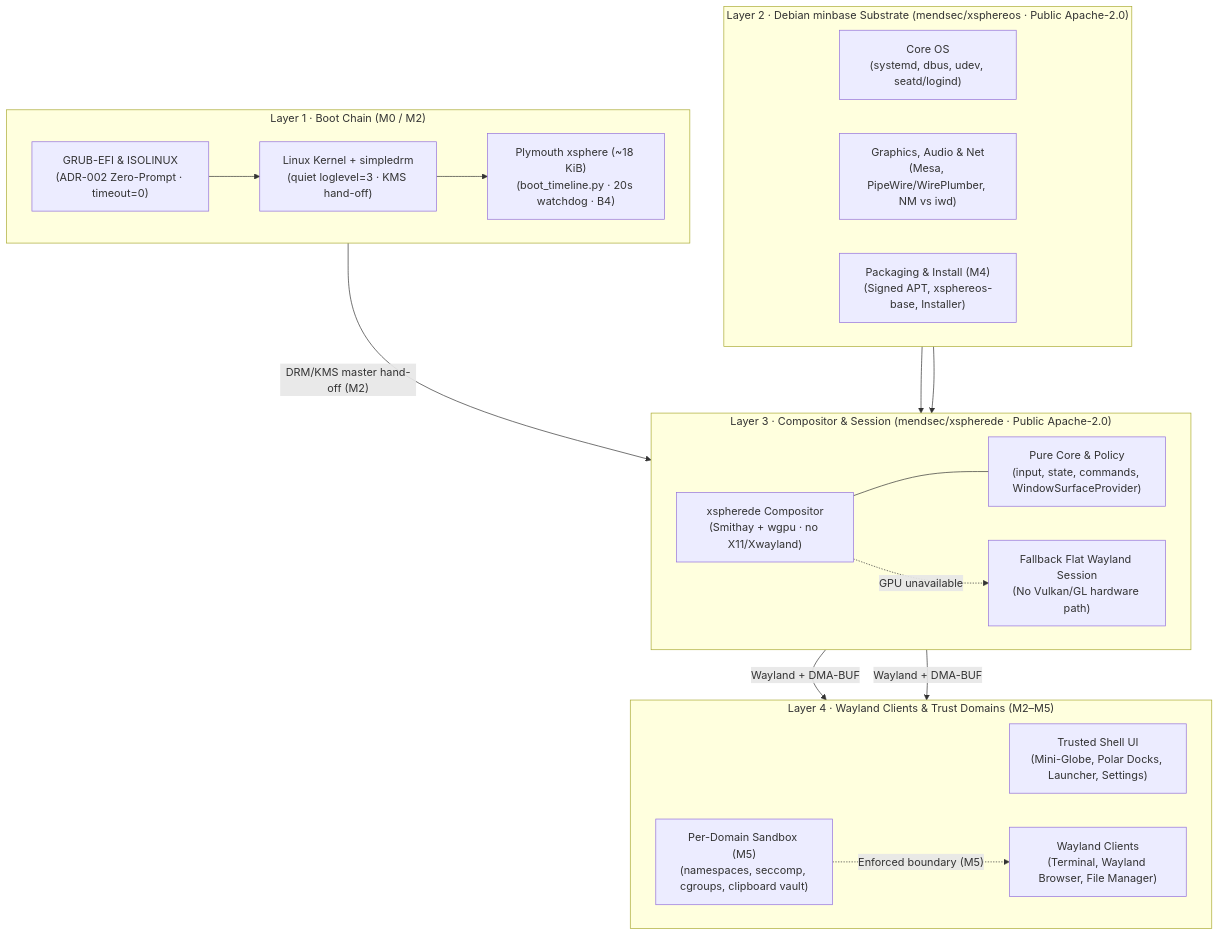
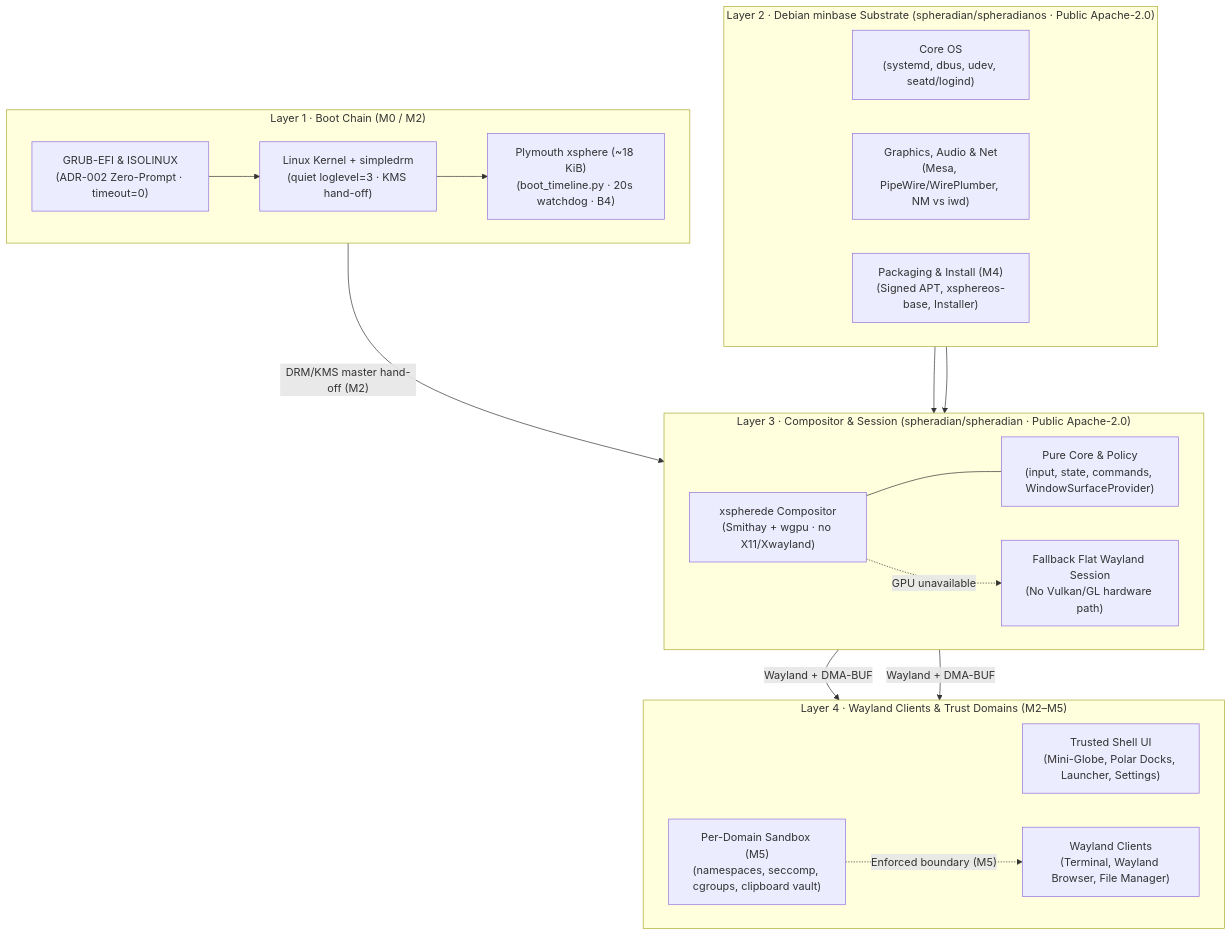
One commit to spheradian/spheradianos changed the first of 3 diagrams in docs/ARCHITECTURE.md. Above: the diagram before and after it, drawn with Mermaid. The commit also changed other lines of this file and 14 other files, not shown here.

````diff
--- a/docs/ARCHITECTURE.md
+++ b/docs/ARCHITECTURE.md
@@ -13,48 +13,48 @@
 ```mermaid
 flowchart TB
     subgraph L4["Layer 4 · Wayland Clients & Trust Domains (M2–M5)"]
         direction LR
         UI["Trusted Shell UI<br/>(Mini-Globe, Polar Docks, Launcher, Settings)"]
         APPS["Wayland Clients<br/>(Terminal, Wayland Browser, File Manager)"]
         SANDBOX["Per-Domain Sandbox (M5)<br/>(namespaces, seccomp, cgroups, clipboard vault)"]
     end
 
-    subgraph L3["Layer 3 · Compositor & Session (mendsec/xspherede · Public Apache-2.0)"]
+    subgraph L3["Layer 3 · Compositor & Session (spheradian/spheradian · Public Apache-2.0)"]
         direction LR
         SMITHAY["xspherede Compositor<br/>(Smithay + wgpu · no X11/Xwayland)"]
         CORE["Pure Core & Policy<br/>(input, state, commands, WindowSurfaceProvider)"]
         FALLBACK["Fallback Flat Wayland Session<br/>(No Vulkan/GL hardware path)"]
     end
 
-    subgraph L2["Layer 2 · Debian minbase Substrate (mendsec/xsphereos · Public Apache-2.0)"]
+    subgraph L2["Layer 2 · Debian minbase Substrate (spheradian/spheradianos · Public Apache-2.0)"]
         direction LR
         SYS["Core OS<br/>(systemd, dbus, udev, seatd/logind)"]
         MEDIA["Graphics, Audio & Net<br/>(Mesa, PipeWire/WirePlumber, NM vs iwd)"]
         PKG["Packaging & Install (M4)<br/>(Signed APT, xsphereos-base, Installer)"]
     end
 
     subgraph L1["Layer 1 · Boot Chain (M0 / M2)"]
         direction LR
         BOOT["GRUB-EFI & ISOLINUX<br/>(ADR-002 Zero-Prompt · timeout=0)"]
         KERN["Linux Kernel + simpledrm<br/>(quiet loglevel=3 · KMS hand-off)"]
         PLY["Plymouth xsphere (~18 KiB)<br/>(boot_timeline.py · 20s watchdog · B4)"]
     end
 
     BOOT --> KERN --> PLY
     PLY -->|"DRM/KMS master hand-off (M2)"| SMITHAY
     SYS --> SMITHAY
     MEDIA --> SMITHAY
     SMITHAY --- CORE
     SMITHAY -.->|"GPU unavailable"| FALLBACK
     SMITHAY -->|"Wayland + DMA-BUF"| UI
     SMITHAY -->|"Wayland + DMA-BUF"| APPS
     SANDBOX -.->|"Enforced boundary (M5)"| APPS
 
-    click BOOT "https://github.com/mendsec/xsphereos/issues/14" "Issue #14: Zero-prompt bootloaders"
-    click PLY "https://github.com/mendsec/xsphereos/issues/7" "Issue #7: Plymouth hand-off (B4)"
-    click SMITHAY "https://github.com/mendsec/xsphereos/issues/9" "Issue #9: Smithay compositor session"
-    click FALLBACK "https://github.com/mendsec/xsphereos/issues/5" "Issue #5: M1 prototype & fallback"
-    click MEDIA "https://github.com/mendsec/xsphereos/issues/8" "Issue #8: Browser & network ADR"
-    click PKG "https://github.com/mendsec/xsphereos/issues/12" "Issue #12: Signed APT & release"
-    click SANDBOX "https://github.com/mendsec/xsphereos/issues/13" "Issue #13: Per-domain sandboxing"
+    click BOOT "https://github.com/spheradian/spheradianos/issues/14" "Issue #14: Zero-prompt bootloaders"
+    click PLY "https://github.com/spheradian/spheradianos/issues/7" "Issue #7: Plymouth hand-off (B4)"
+    click SMITHAY "https://github.com/spheradian/spheradianos/issues/9" "Issue #9: Smithay compositor session"
+    click FALLBACK "https://github.com/spheradian/spheradianos/issues/5" "Issue #5: M1 prototype & fallback"
+    click MEDIA "https://github.com/spheradian/spheradianos/issues/8" "Issue #8: Browser & network ADR"
+    click PKG "https://github.com/spheradian/spheradianos/issues/12" "Issue #12: Signed APT & release"
+    click SANDBOX "https://github.com/spheradian/spheradianos/issues/13" "Issue #13: Per-domain sandboxing"
 ```
````
